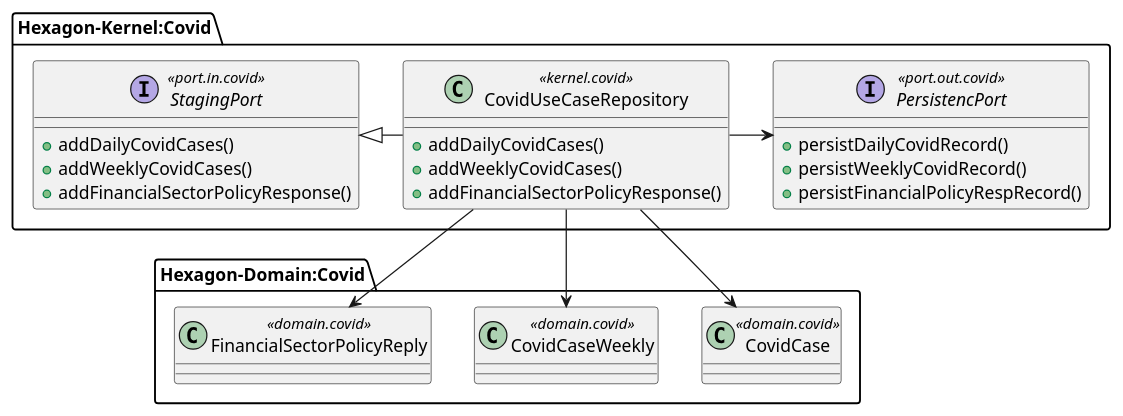
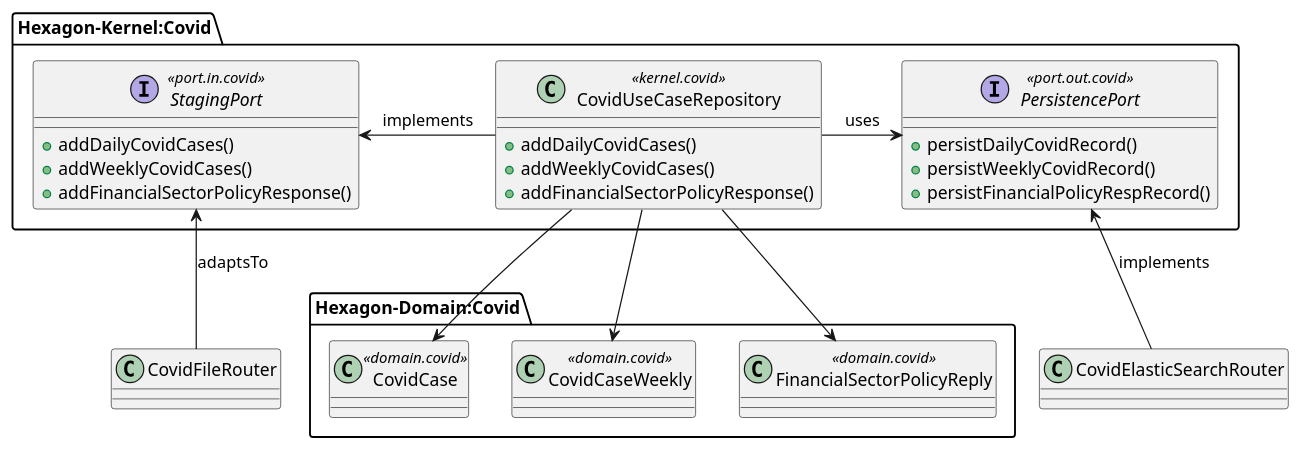
The diagram in plantUML/hexagon-kernel-domain-class.puml (talfco/tutorial-spring-hexagon), drawn with PlantUML before and after one commit. The commit also changed 15 other files, not shown here.

Commit message:
Added ElasticSearchRoute

```diff
--- a/plantUML/hexagon-kernel-domain-class.puml
+++ b/plantUML/hexagon-kernel-domain-class.puml
@@ -1,39 +1,46 @@
 @startuml
 
 package Hexagon-Kernel:Covid {
 
-    interface PersistencPort <<port.out.covid>> {
+    interface PersistencePort <<port.out.covid>> {
       +persistDailyCovidRecord()
       +persistWeeklyCovidRecord()
       +persistFinancialPolicyRespRecord()
     }
 
     interface StagingPort <<port.in.covid>> {
      +addDailyCovidCases()
      +addWeeklyCovidCases()
      +addFinancialSectorPolicyResponse()
     }
 
     class CovidUseCaseRepository <<kernel.covid>> {
      +addDailyCovidCases()
      +addWeeklyCovidCases()
      +addFinancialSectorPolicyResponse()
     }
 
-    StagingPort <|- CovidUseCaseRepository
-    CovidUseCaseRepository -> PersistencPort
+    StagingPort <- CovidUseCaseRepository : implements
+    CovidUseCaseRepository -> PersistencePort : uses
 
 }
+
+class CovidFileRouter
+class CovidElasticSearchRouter
+
+
+StagingPort <-- CovidFileRouter : adaptsTo
+PersistencePort <-- CovidElasticSearchRouter : implements
 
 package Hexagon-Domain:Covid {
 
     class CovidCase << domain.covid >>
     class CovidCaseWeekly << domain.covid >>
     class FinancialSectorPolicyReply << domain.covid >>
 
     CovidUseCaseRepository --> CovidCase
     CovidUseCaseRepository --> CovidCaseWeekly
     CovidUseCaseRepository --> FinancialSectorPolicyReply
 }
 
 @enduml
```
